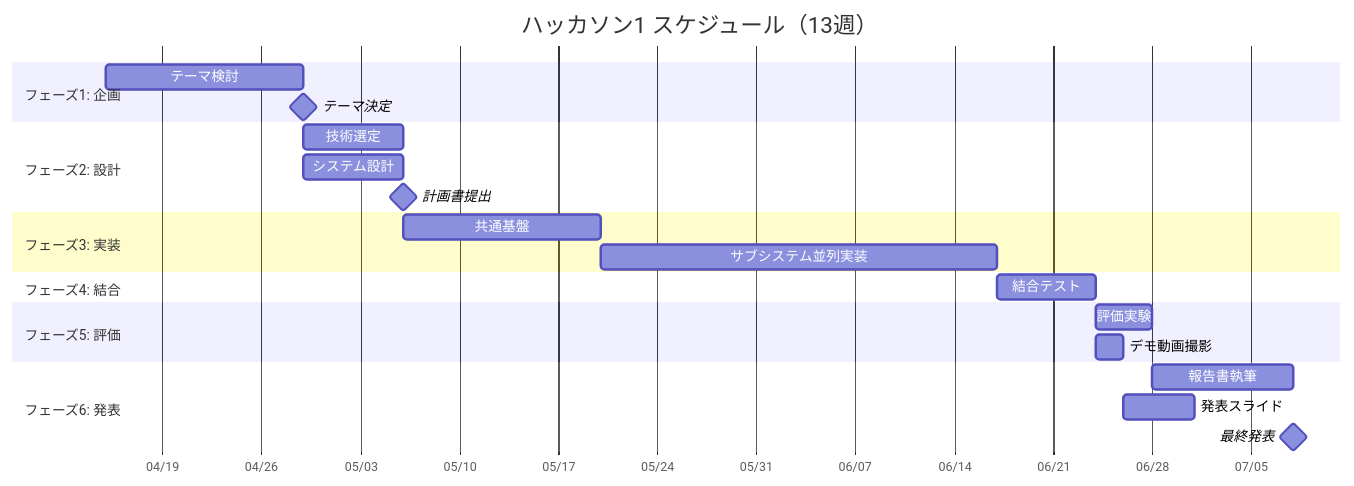
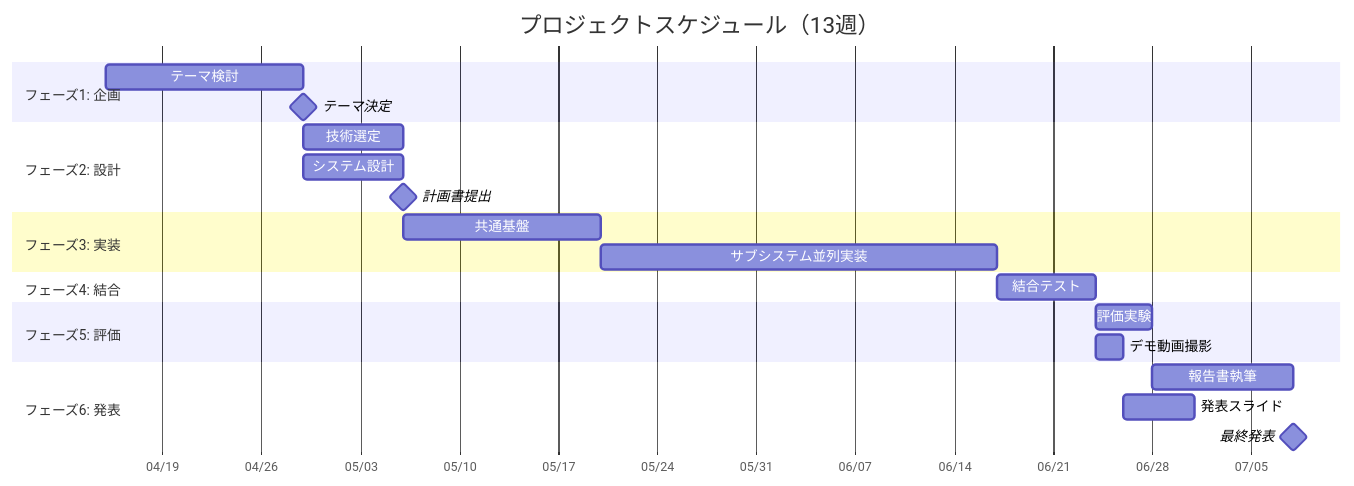
The diagram in meetings/gantt.md (takushio2525/hackathon-template), drawn with Mermaid before and after one commit. The commit also changed 5 other files, not shown here.

````diff
--- a/meetings/gantt.md
+++ b/meetings/gantt.md
@@ -9,31 +9,31 @@
 ```mermaid
 gantt
-    title ハッカソン1 スケジュール（13週）
+    title プロジェクトスケジュール（13週）
     dateFormat  YYYY-MM-DD
     axisFormat  %m/%d
 
     section フェーズ1: 企画
     テーマ検討          :a1, 2026-04-15, 14d
     テーマ決定          :milestone, after a1, 0d
 
     section フェーズ2: 設計
     技術選定            :a2, after a1, 7d
     システム設計        :a3, after a1, 7d
     計画書提出          :milestone, after a3, 0d
 
     section フェーズ3: 実装
     共通基盤            :b1, after a3, 14d
     サブシステム並列実装 :b2, after b1, 28d
 
     section フェーズ4: 結合
     結合テスト           :c1, after b2, 7d
 
     section フェーズ5: 評価
     評価実験             :d1, after c1, 4d
     デモ動画撮影         :d2, after c1, 2d
 
     section フェーズ6: 発表
     報告書執筆           :e1, after d1, 10d
     発表スライド         :e2, after d2, 5d
     最終発表             :milestone, after e1, 0d
 ```
````
